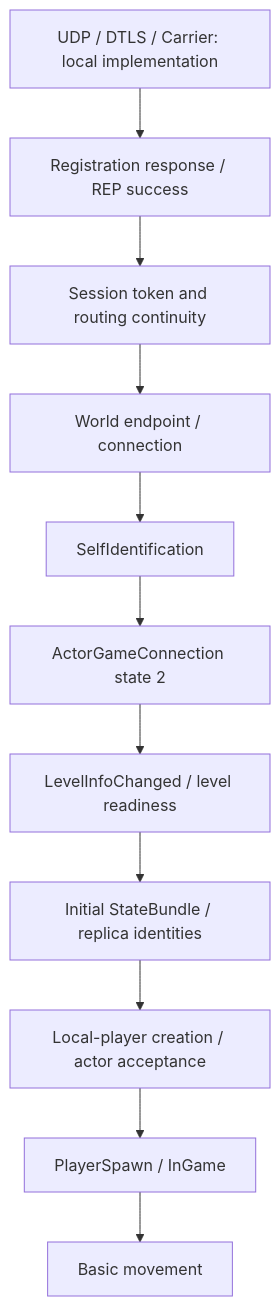
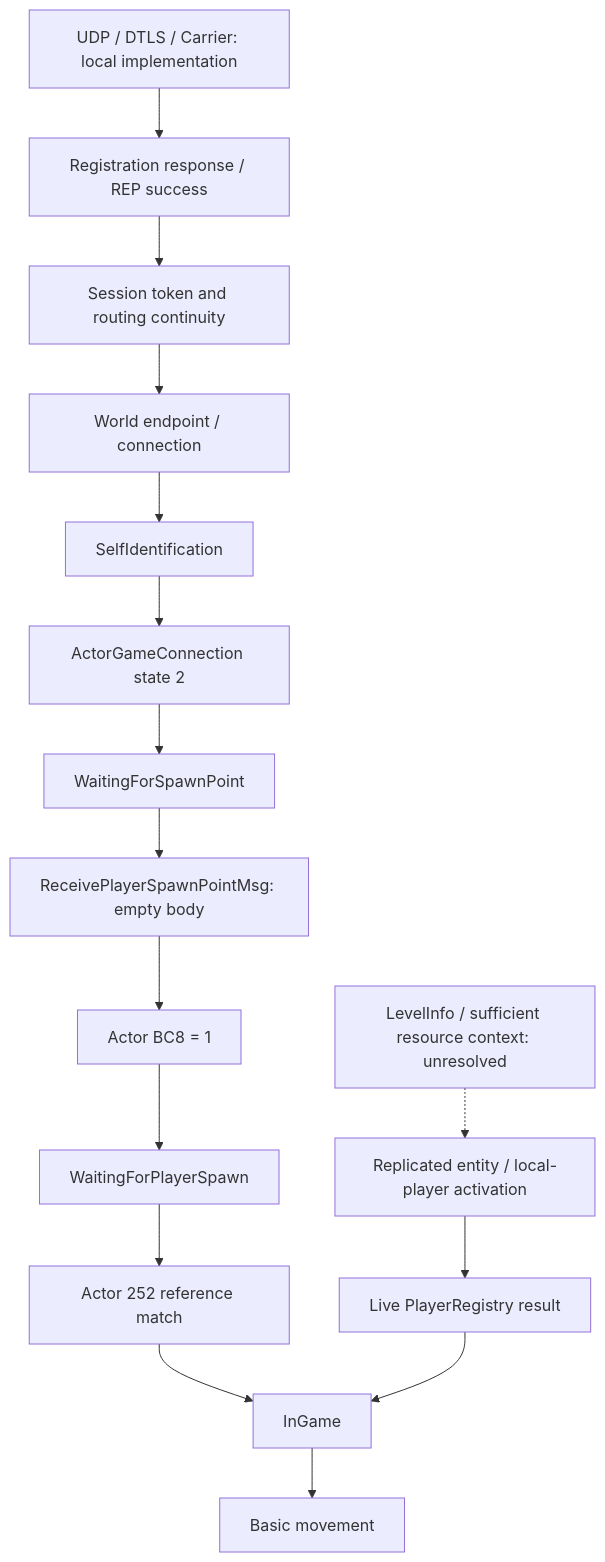
Before and after one commit to Noahhubbs01/new-world-preservation: the diagram in docs/HANDSHAKE_MAP.md, drawn with Mermaid. The commit also changed other lines of this file and 30 other files, not shown here.

Commit message:
Trace spawn-ready dispatch and conditional player activation registration

````diff
--- a/docs/HANDSHAKE_MAP.md
+++ b/docs/HANDSHAKE_MAP.md
@@ -15,13 +15,18 @@
 ```mermaid
 flowchart TD
   Transport[UDP / DTLS / Carrier: local implementation] --> Registration[Registration response / REP success]
   Registration --> Session[Session token and routing continuity]
   Session --> World[World endpoint / connection]
   World --> Self[SelfIdentification]
   Self --> Actor[ActorGameConnection state 2]
-  Actor --> Level[LevelInfoChanged / level readiness]
-  Level --> Replica[Initial StateBundle / replica identities]
-  Replica --> Player[Local-player creation / actor acceptance]
-  Player --> Spawn[PlayerSpawn / InGame]
+  Actor --> Ready[WaitingForSpawnPoint]
+  Ready --> Marker[ReceivePlayerSpawnPointMsg: empty body]
+  Marker --> Flag[Actor BC8 = 1]
+  Flag --> Player[WaitingForPlayerSpawn]
+  Replica[Replicated entity / local-player activation] --> Registry[Live PlayerRegistry result]
+  Player --> Match[Actor 252 reference match]
+  Match --> Spawn[InGame]
+  Registry --> Spawn
+  Level[LevelInfo / sufficient resource context: unresolved] -.-> Replica
   Spawn --> Movement[Basic movement]
 ```
````
